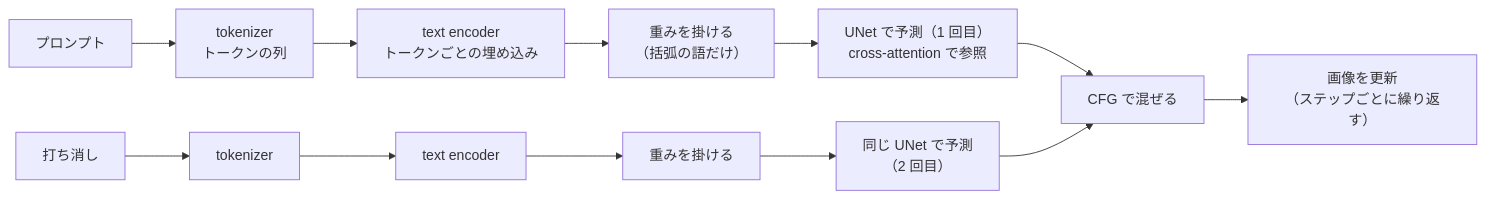
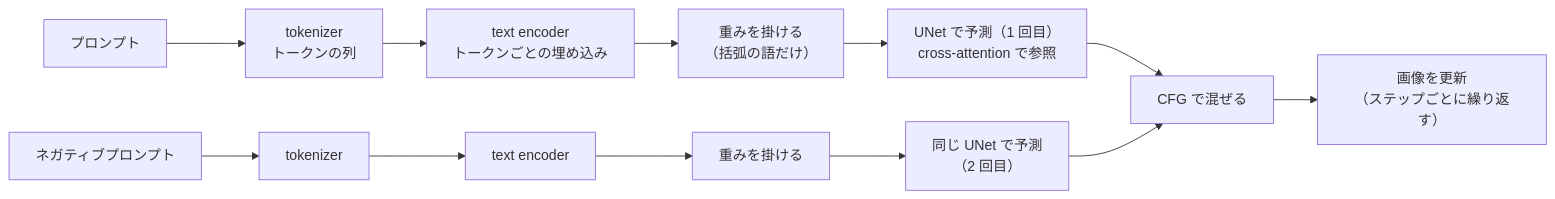
Before and after one commit to nao1215/debimate: the diagram in content/notes/generative-ai/prompt-weighting/index.md, drawn with Mermaid. The commit also changed other lines of this file and 24 other files, not shown here.

````diff
--- a/content/notes/generative-ai/prompt-weighting/index.md
+++ b/content/notes/generative-ai/prompt-weighting/index.md
@@ -55,8 +55,8 @@
 ```mermaid
 flowchart LR
     P["プロンプト"] --> T["tokenizer<br>トークンの列"] --> E["text encoder<br>トークンごとの埋め込み"] --> W["重みを掛ける<br>（括弧の語だけ）"] --> U["UNet で予測（1 回目）<br>cross-attention で参照"]
-    N["打ち消し"] --> T2["tokenizer"] --> E2["text encoder"] --> W2["重みを掛ける"] --> U2["同じ UNet で予測<br>（2 回目）"]
+    N["ネガティブプロンプト"] --> T2["tokenizer"] --> E2["text encoder"] --> W2["重みを掛ける"] --> U2["同じ UNet で予測<br>（2 回目）"]
     U --> C["CFG で混ぜる"]
     U2 --> C
     C --> X["画像を更新<br>（ステップごとに繰り返す）"]
 ```
````
